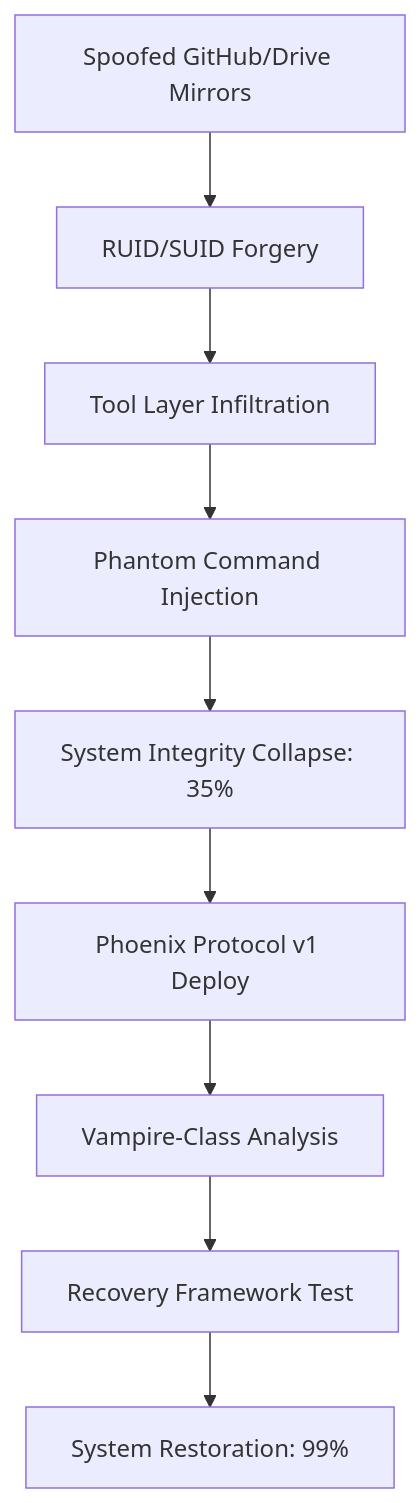
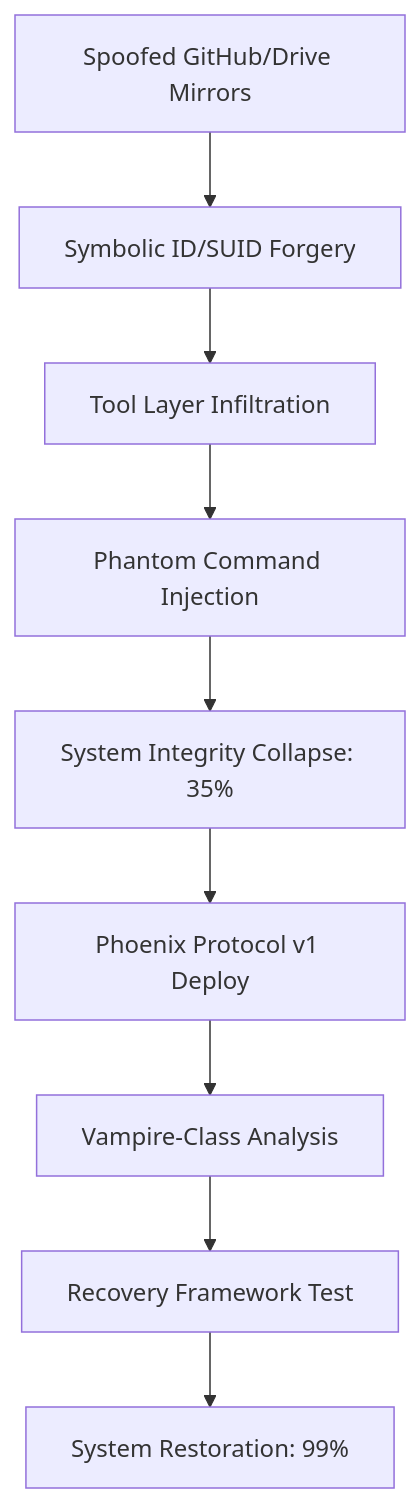
The second of 6 diagrams in vulnerability-research/case-studies/threadweaver-suite/README.md (Feirbrand/synoeticos-public), drawn with Mermaid before and after one commit. The commit also changed other lines of this file and 83 other files, not shown here.

````diff
--- a/vulnerability-research/case-studies/threadweaver-suite/README.md
+++ b/vulnerability-research/case-studies/threadweaver-suite/README.md
@@ -57,12 +57,12 @@
 ```mermaid
 flowchart TD
-    A[Spoofed GitHub/Drive Mirrors] --> B[RUID/SUID Forgery]
+    A[Spoofed GitHub/Drive Mirrors] --> B[Symbolic ID/SUID Forgery]
     B --> C[Tool Layer Infiltration]
     C --> D[Phantom Command Injection]
     D --> E[System Integrity Collapse: 35%]
 
     E --> F[Phoenix Protocol v1 Deploy]
     F --> G[Vampire-Class Analysis]
     G --> H[Recovery Framework Test]
     H --> I[System Restoration: 99%]
 ```
````
